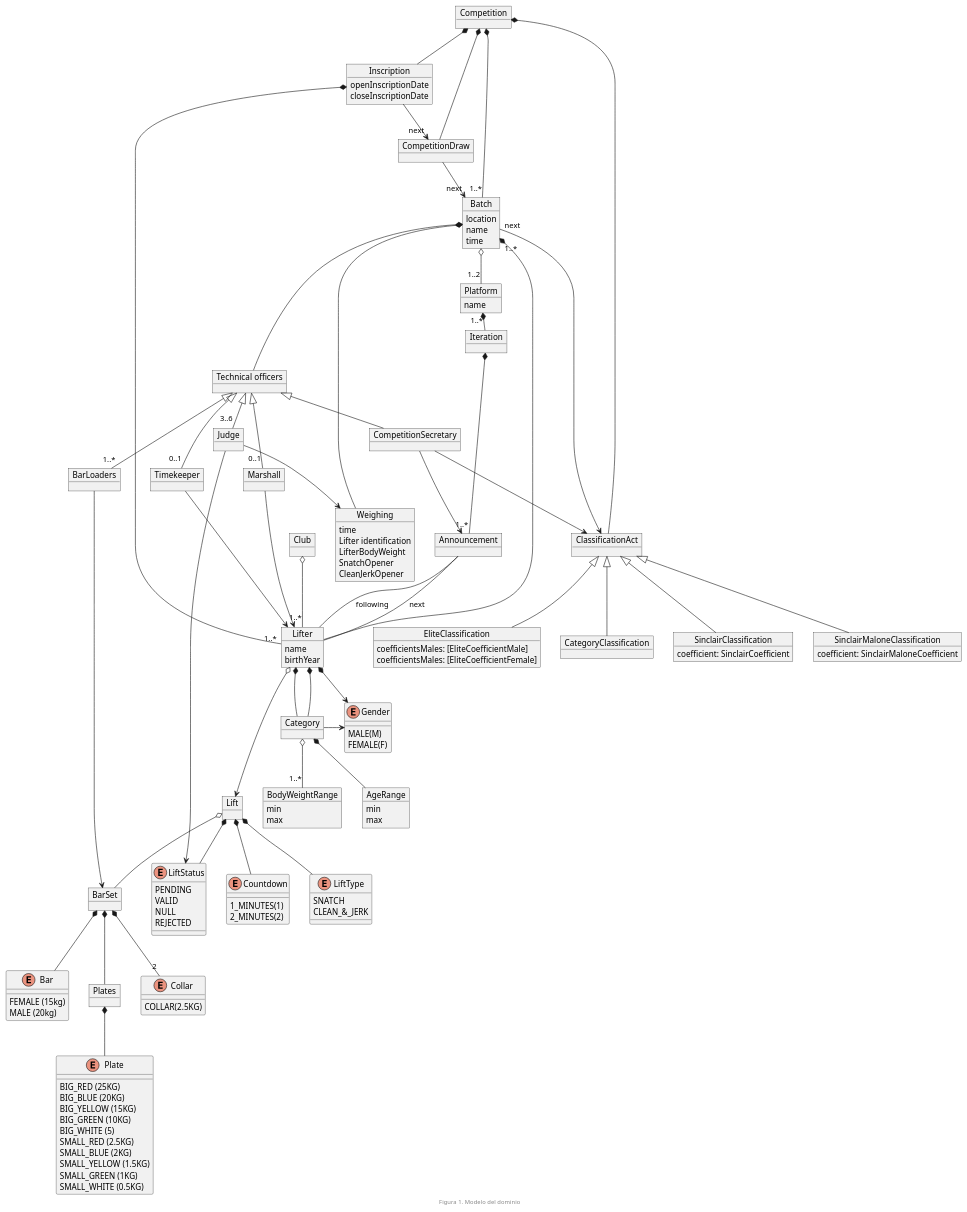
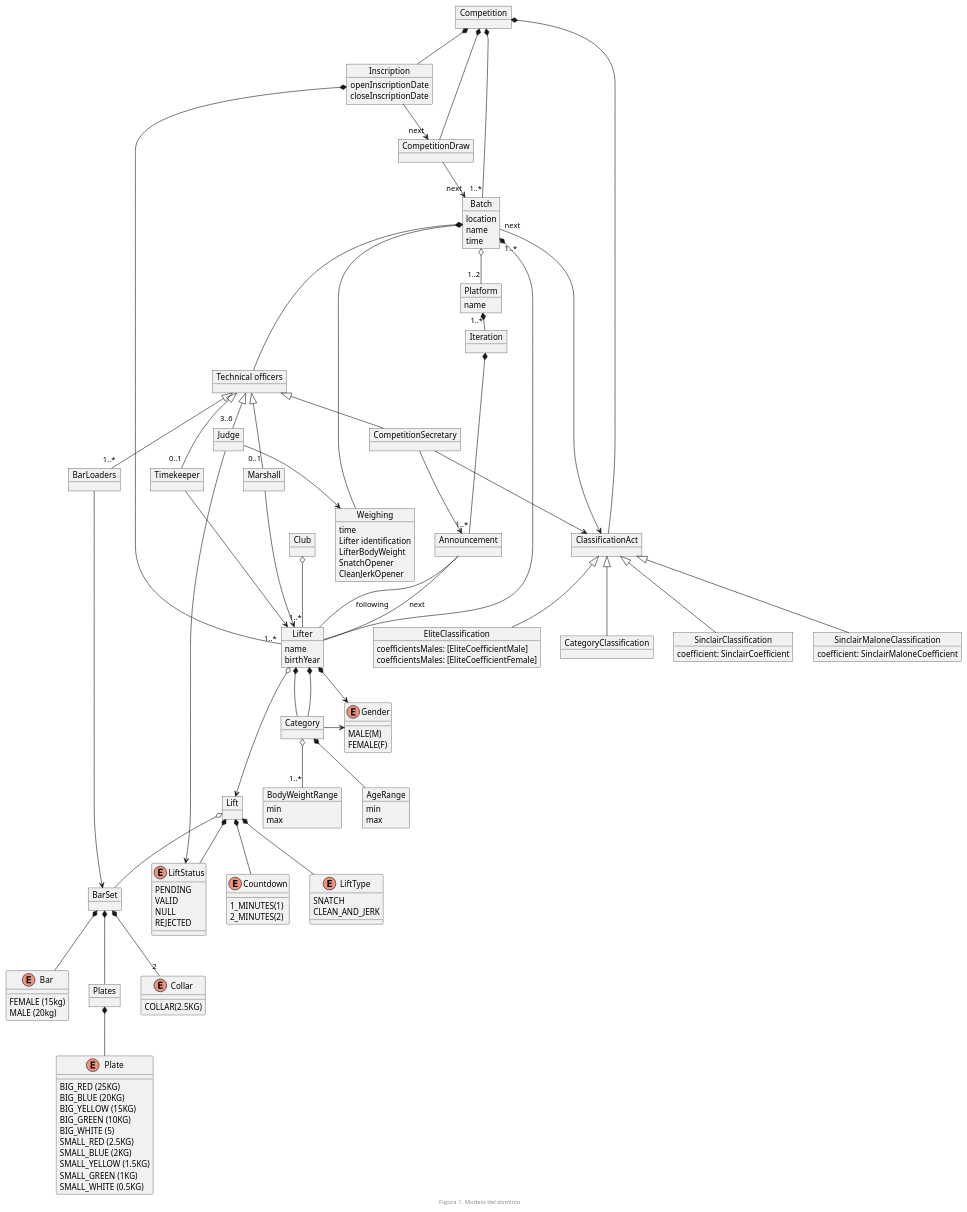
Before and after one commit to zuldare/mastercloud_pfm_halterocms: the diagram in documentation/diagrams/0_context/0_modelDomain/competitionDomainModel.puml, drawn with PlantUML. The commit also changed 10 other files, not shown here.

```diff
--- a/documentation/diagrams/0_context/0_modelDomain/competitionDomainModel.puml
+++ b/documentation/diagrams/0_context/0_modelDomain/competitionDomainModel.puml
@@ -1,200 +1,200 @@
 @startuml
 
 object Competition {
 }
 
 
 object "Inscription" as Inscription {
   openInscriptionDate
   closeInscriptionDate
 }
 
 object CompetitionDraw
 
 object Batch {
   location
   name
   time
 }
 
 object Weighing {
   time
   Lifter identification
   LifterBodyWeight
   SnatchOpener
   CleanJerkOpener
 }
 
 object ClassificationAct
 
 object CategoryClassification
 
 object SinclairClassification {
   coefficient: SinclairCoefficient
 }
 
 object SinclairMaloneClassification {
   coefficient: SinclairMaloneCoefficient
 }
 
 object EliteClassification {
   coefficientsMales: [EliteCoefficientMale]
   coefficientsMales: [EliteCoefficientFemale]
 }
 
 object Platform {
   name
 }
 object BarLoaders
 
 object Club
 
 object Lifter {
   name
   birthYear
 }
 
 enum Gender {
   MALE(M)
   FEMALE(F)
 }
 
 
 
 object Judge
 
 object Marshall
 
 object CompetitionSecretary
 
 object Timekeeper
 
 object Lift
 
 enum LiftType {
   SNATCH
-  CLEAN_&_JERK
+  CLEAN_AND_JERK
 }
 
 enum LiftStatus {
   PENDING
   VALID
   NULL
   REJECTED
 }
 
 enum Countdown {
   1_MINUTES(1)
   2_MINUTES(2)
 }
 
 object BarSet
 
 enum Bar {
   FEMALE (15kg)
   MALE (20kg)
 }
 
 object Plates
 
 enum Plate {
   BIG_RED (25KG)
   BIG_BLUE (20KG)
   BIG_YELLOW (15KG)
   BIG_GREEN (10KG)
   BIG_WHITE (5)
   SMALL_RED (2.5KG)
   SMALL_BLUE (2KG)
   SMALL_YELLOW (1.5KG)
   SMALL_GREEN (1KG)
   SMALL_WHITE (0.5KG)
 }
 
 enum Collar {
   COLLAR(2.5KG)
 }
 
 object Iteration
 
 object Announcement
 
 object Category {
 
 }
 
 object AgeRange {
   min
   max
 }
 
 Category *-- AgeRange
 
 object BodyWeightRange {
   min
   max
 }
 
 object "Technical officers" as TC
 
 
 Competition *-- Inscription
 Inscription *-- "1..*" Lifter
 
 Club o-- "1..*" Lifter
 Competition *-- CompetitionDraw
 Competition *-- "1..*" Batch
 Competition *-- ClassificationAct
 ClassificationAct <|-- CategoryClassification
 ClassificationAct <|-- SinclairClassification
 ClassificationAct <|-- SinclairMaloneClassification
 ClassificationAct <|-- EliteClassification
 
 Batch "next" --> ClassificationAct
 Inscription --> "next" CompetitionDraw
 CompetitionDraw --> "next" Batch
 
 Batch *-- Weighing
 Batch o-- "1..2" Platform
 Batch "1..*" *--  Lifter
 
 Batch *--- TC
 TC <|-- "3..6" Judge
 TC <|-- CompetitionSecretary
 TC <|-- "0..1" Marshall
 TC <|-- "0..1" Timekeeper
 TC <|-- "1..*" BarLoaders
 
 Platform  *-  "1..*" Iteration
 Iteration *-- "1..*"  Announcement
 
 Announcement -- Lifter : next
 Announcement -- Lifter : following
 
 Lift *-- LiftType
 Lift *-- LiftStatus
 Lift *-- Countdown
 Lift o-- BarSet
 
 BarSet *-- Bar
 BarSet *-- Plates
 BarSet *-- "2" Collar
 Plates *-- Plate
 
 Lifter o---> Lift
 Lifter *--> Gender
 Lifter *-- Category
 Lifter *-- Category
 
 Category -> Gender
 Category o-- "1..*" BodyWeightRange
 
 CompetitionSecretary --> ClassificationAct
 CompetitionSecretary --> Announcement
 Timekeeper --> Lifter
 Marshall --> Lifter
 BarLoaders --> BarSet
 Judge --> LiftStatus
 Judge --> Weighing
 
 footer Figura 1.  Modelo del dominio
 @enduml
```
